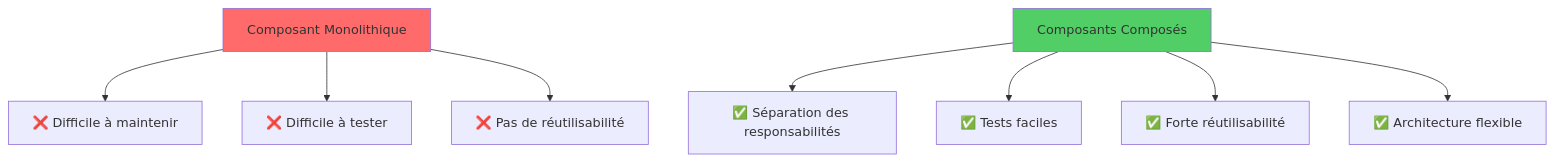
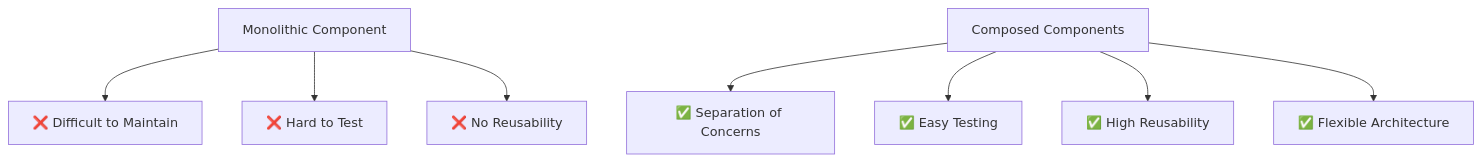
One commit to BabaScience/react-guides changed the first of 12 diagrams in arguments/chapters/fr/03-component-patterns-best-practices.md. Above: the diagram before and after it, drawn with Mermaid. The commit also changed other lines of this file and 29 other files, not shown here.

First line of the commit message:
Bring React FR/IT translations to full English parity + theme-safe diagrams

````diff
--- a/arguments/chapters/fr/03-component-patterns-best-practices.md
+++ b/arguments/chapters/fr/03-component-patterns-best-practices.md
@@ -13,14 +28,12 @@
 ```mermaid
 graph TD
-    A[Composant Monolithique] --> B[❌ Difficile à maintenir]
-    A --> C[❌ Difficile à tester]
-    A --> D[❌ Pas de réutilisabilité]
+    A[Monolithic Component] --> B[❌ Difficult to Maintain]
+    A --> C[❌ Hard to Test]
+    A --> D[❌ No Reusability]
     
-    E[Composants Composés] --> F[✅ Séparation des responsabilités]
-    E --> G[✅ Tests faciles]
-    E --> H[✅ Forte réutilisabilité]
-    E --> I[✅ Architecture flexible]
+    E[Composed Components] --> F[✅ Separation of Concerns]
+    E --> G[✅ Easy Testing]
+    E --> H[✅ High Reusability]
+    E --> I[✅ Flexible Architecture]
     
-    style A fill:#ff6b6b
-    style E fill:#51cf66
 ```
````
